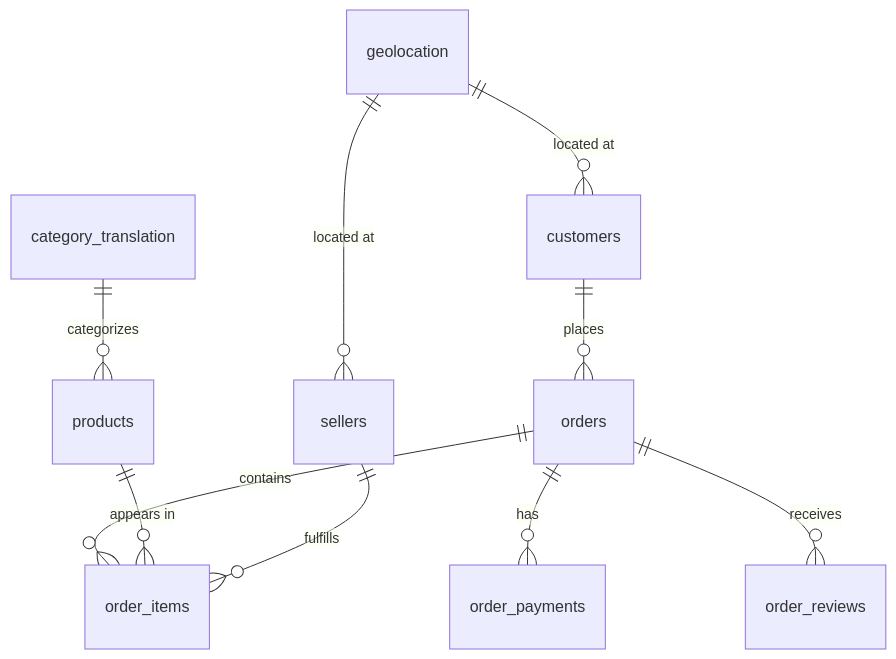
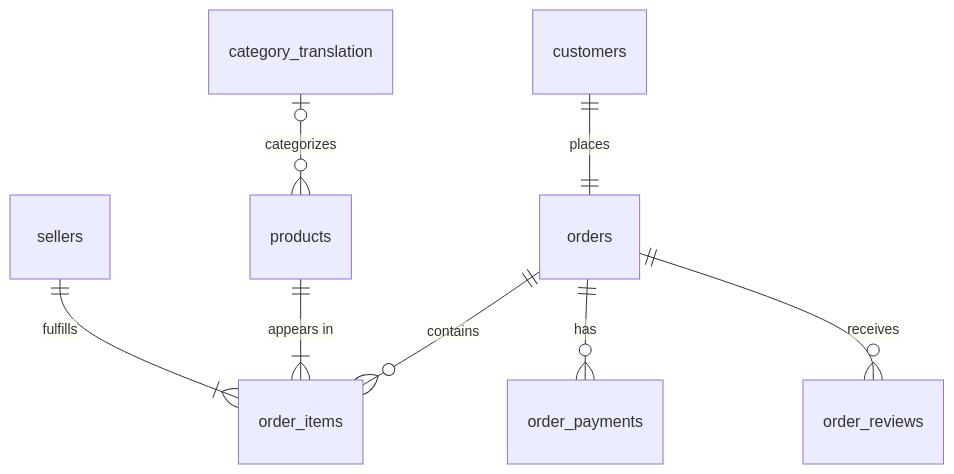
Before and after one commit to anooswajeeh2004/analytics-portfolio: the diagram in docs/data-model.md, drawn with Mermaid. The commit also changed other lines of this file, not shown here.

Commit message:
docs: update data-model.md with verified primary keys and relationships

````diff
--- a/docs/data-model.md
+++ b/docs/data-model.md
@@ -7,12 +7,10 @@
 ```mermaid
 erDiagram
-    customers ||--o{ orders : "places"
+    customers ||--|| orders : "places"
     orders ||--o{ order_items : "contains"
-    products ||--o{ order_items : "appears in"
-    sellers ||--o{ order_items : "fulfills"
+    products ||--|{ order_items : "appears in"
+    sellers ||--|{ order_items : "fulfills"
     orders ||--o{ order_payments : "has"
     orders ||--o{ order_reviews : "receives"
-    category_translation ||--o{ products : "categorizes"
-    geolocation ||--o{ customers : "located at"
-    geolocation ||--o{ sellers : "located at"
+    category_translation |o--o{ products : "categorizes"
 ```
````
